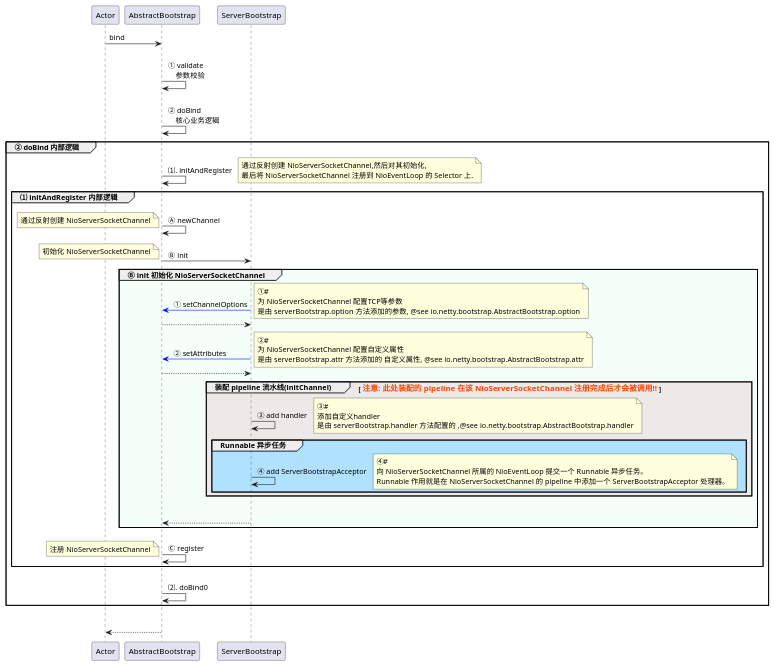
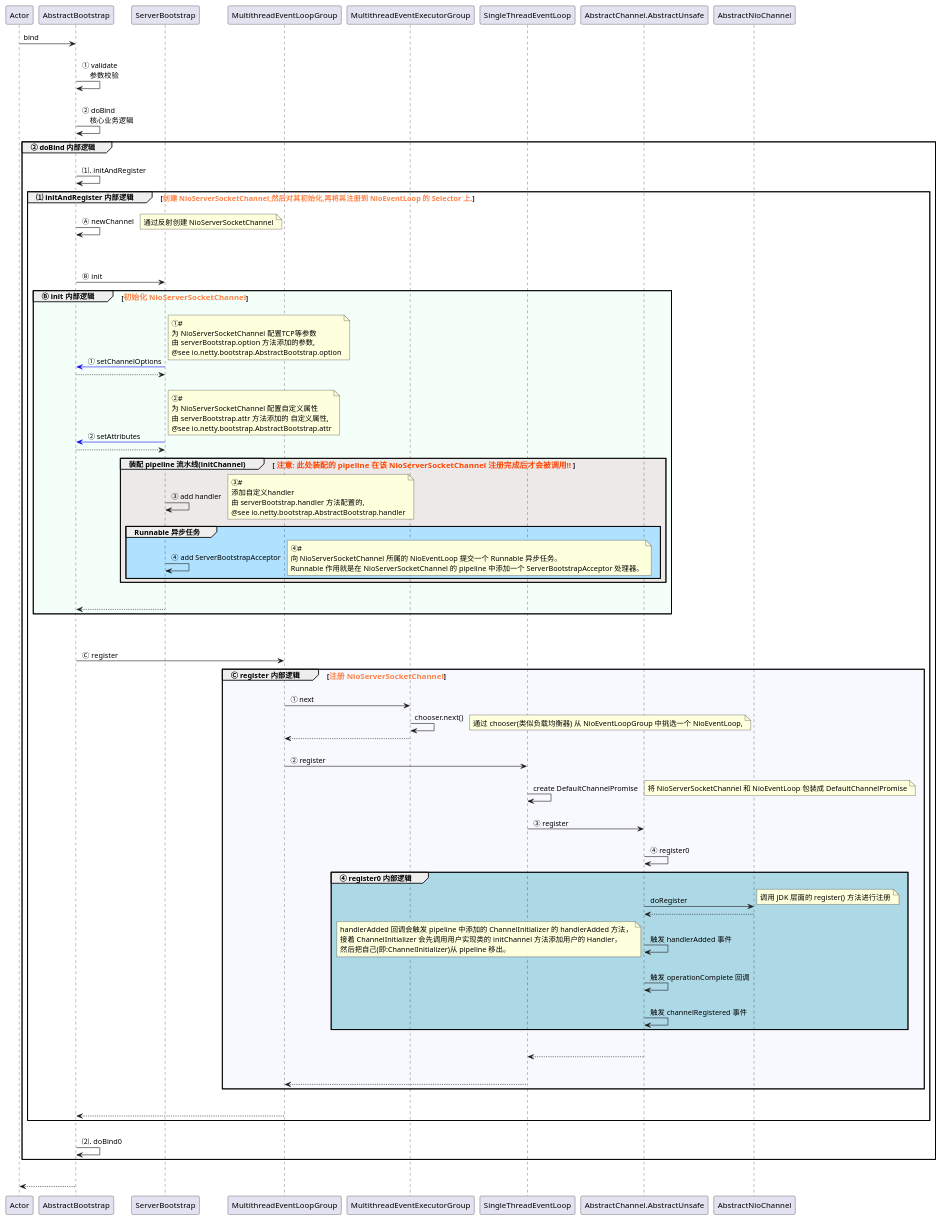
Before and after one commit to Simba-cheng/netty: the diagram in puml/0-ServerBootstrap#启动大致过程.puml, drawn with PlantUML.

Commit message:
refactor(code): 源码添加注释、流程图、类图

```diff
--- a/puml/0-ServerBootstrap#启动大致过程.puml
+++ b/puml/0-ServerBootstrap#启动大致过程.puml
@@ -1,82 +1,110 @@
 @startuml
 
 '箭头上的文字居中
 'skinparam sequenceMessageAlign center
 
 Actor -> AbstractBootstrap: bind
 
 AbstractBootstrap -> AbstractBootstrap: \n ① validate \n     参数校验
 
 AbstractBootstrap -> AbstractBootstrap: \n ② doBind \n     核心业务逻辑
 
     group ② doBind 内部逻辑
 
-    AbstractBootstrap -> AbstractBootstrap: \n ⑴. initAndRegister
-        note right
-            通过反射创建 NioServerSocketChannel,然后对其初始化,
-            最后将 NioServerSocketChannel 注册到 NioEventLoop 的 Selector 上.
-        end note
-        group ⑴ initAndRegister 内部逻辑
+        AbstractBootstrap -> AbstractBootstrap: \n ⑴. initAndRegister
+            group ⑴ initAndRegister 内部逻辑 [<color:#FF8247><size:13>创建 NioServerSocketChannel,然后对其初始化,再将其注册到 NioEventLoop 的 Selector 上.</size></color>]
 
-            AbstractBootstrap -> AbstractBootstrap: \n Ⓐ newChannel
-            note left
-                通过反射创建 NioServerSocketChannel
-            end note
+                AbstractBootstrap -> AbstractBootstrap: \n Ⓐ newChannel
+                note right: 通过反射创建 NioServerSocketChannel
 
-            AbstractBootstrap -> ServerBootstrap: \n Ⓑ init
-            note left
-                初始化 NioServerSocketChannel
-            end note
+                AbstractBootstrap -> ServerBootstrap: \n\n\n Ⓑ init
 
-                group #F5FFFA Ⓑ init 初始化 NioServerSocketChannel
+                    group #F5FFFA Ⓑ init 内部逻辑 [<color:#FF8247><size:14>初始化 NioServerSocketChannel</size></color>]
 
-                    ServerBootstrap -[#0000FF]> AbstractBootstrap: \n ① setChannelOptions
+                        ServerBootstrap -[#0000FF]> AbstractBootstrap: \n\n\n\n\n ① setChannelOptions
+                            note right
+                                ①#
+                                为 NioServerSocketChannel 配置TCP等参数
+                                由 serverBootstrap.option 方法添加的参数,
+                                @see io.netty.bootstrap.AbstractBootstrap.option
+                            end note
+                        AbstractBootstrap --> ServerBootstrap:
+
+                        ServerBootstrap -[#0000FF]> AbstractBootstrap: \n\n\n\n\n ② setAttributes
+                            note right
+                                ②#
+                                为 NioServerSocketChannel 配置自定义属性
+                                由 serverBootstrap.attr 方法添加的 自定义属性,
+                                @see io.netty.bootstrap.AbstractBootstrap.attr
+                            end note
+                        AbstractBootstrap --> ServerBootstrap
+
+                        group #EEE9E9 装配 pipeline 流水线(initChannel) [<color:#FF4500><size:14> 注意: 此处装配的 pipeline 在该 NioServerSocketChannel 注册完成后才会被调用!! </size></color>]
+                            ServerBootstrap -> ServerBootstrap: \n ③ add handler
+                                note right
+                                    ③#
+                                    添加自定义handler
+                                    由 serverBootstrap.handler 方法配置的,
+                                    @see io.netty.bootstrap.AbstractBootstrap.handler
+                                end note
+
+                            group #B0E2FF Runnable 异步任务
+                                ServerBootstrap -> ServerBootstrap: \n ④ add ServerBootstrapAcceptor
+                                    note right
+                                        ④#
+                                        向 NioServerSocketChannel 所属的 NioEventLoop 提交一个 Runnable 异步任务。
+                                        Runnable 作用就是在 NioServerSocketChannel 的 pipeline 中添加一个 ServerBootstrapAcceptor 处理器。
+                                    end note
+                            end
+                        end
+                        ServerBootstrap --> AbstractBootstrap: \n
+                    end
+
+                AbstractBootstrap -> MultithreadEventLoopGroup: \n\n\n Ⓒ register
+
+                    group #F8F8FF Ⓒ register 内部逻辑 [<color:#FF8247><size:14>注册 NioServerSocketChannel</size></color>]
+
+                        MultithreadEventLoopGroup -> MultithreadEventExecutorGroup: \n ① next
+                        MultithreadEventExecutorGroup -> MultithreadEventExecutorGroup: chooser.next()
                         note right
-                            ①#
-                            为 NioServerSocketChannel 配置TCP等参数
-                            是由 serverBootstrap.option 方法添加的参数, @see io.netty.bootstrap.AbstractBootstrap.option
+                            通过 chooser(类似负载均衡器) 从 NioEventLoopGroup 中挑选一个 NioEventLoop,
                         end note
-                    AbstractBootstrap --> ServerBootstrap:
+                        MultithreadEventExecutorGroup --> MultithreadEventLoopGroup
 
-                    ServerBootstrap -[#0000FF]> AbstractBootstrap: \n ② setAttributes
+
+                        MultithreadEventLoopGroup -> SingleThreadEventLoop: \n ② register
+
+                        SingleThreadEventLoop -> SingleThreadEventLoop: \n create DefaultChannelPromise
                         note right
-                            ②#
-                            为 NioServerSocketChannel 配置自定义属性
-                            是由 serverBootstrap.attr 方法添加的 自定义属性, @see io.netty.bootstrap.AbstractBootstrap.attr
+                            将 NioServerSocketChannel 和 NioEventLoop 包装成 DefaultChannelPromise
                         end note
-                    AbstractBootstrap --> ServerBootstrap
 
-                    group #EEE9E9 装配 pipeline 流水线(initChannel) [<color:#FF4500><size:14> 注意: 此处装配的 pipeline 在该 NioServerSocketChannel 注册完成后才会被调用!! </size></color>]
-                        ServerBootstrap -> ServerBootstrap: \n ③ add handler
-                            note right
-                                ③#
-                                添加自定义handler
-                                是由 serverBootstrap.handler 方法配置的 ,@see io.netty.bootstrap.AbstractBootstrap.handler
-                            end note
+                        SingleThreadEventLoop -> AbstractChannel.AbstractUnsafe: \n ③ register
 
-                        group #B0E2FF Runnable 异步任务
-                            ServerBootstrap -> ServerBootstrap: \n ④ add ServerBootstrapAcceptor
-                                note right
-                                    ④#
-                                    向 NioServerSocketChannel 所属的 NioEventLoop 提交一个 Runnable 异步任务。
-                                    Runnable 作用就是在 NioServerSocketChannel 的 pipeline 中添加一个 ServerBootstrapAcceptor 处理器。
+                        AbstractChannel.AbstractUnsafe -> AbstractChannel.AbstractUnsafe: \n ④ register0
+
+                            group #ADD8E6 ④ register0 内部逻辑
+                                AbstractChannel.AbstractUnsafe -> AbstractNioChannel: \n doRegister
+                                note right: 调用 JDK 层面的 register() 方法进行注册
+                                AbstractNioChannel --> AbstractChannel.AbstractUnsafe
+
+                                AbstractChannel.AbstractUnsafe -> AbstractChannel.AbstractUnsafe: \n 触发 handlerAdded 事件
+                                note left
+                                handlerAdded 回调会触发 pipeline 中添加的 ChannelInitializer 的 handlerAdded 方法，
+                                接着 ChannelInitializer 会先调用用户实现类的 initChannel 方法添加用户的 Handler，
+                                然后把自己(即:ChannelInitializer)从 pipeline 移出。
                                 end note
-                        end
+                                AbstractChannel.AbstractUnsafe -> AbstractChannel.AbstractUnsafe: \n 触发 operationComplete 回调
+                                AbstractChannel.AbstractUnsafe -> AbstractChannel.AbstractUnsafe: \n 触发 channelRegistered 事件
+                            end
+                            AbstractChannel.AbstractUnsafe --> SingleThreadEventLoop: \n
+                            SingleThreadEventLoop --> MultithreadEventLoopGroup: \n
                     end
-                    ServerBootstrap --> AbstractBootstrap: \n
-                end
-
-            AbstractBootstrap -> AbstractBootstrap: \n Ⓒ register
-            note left
-                注册 NioServerSocketChannel
-            end note
-
-        end
-
-    AbstractBootstrap -> AbstractBootstrap: \n ⑵. doBind0
-
+                MultithreadEventLoopGroup --> AbstractBootstrap: \n
+            end
+        AbstractBootstrap -> AbstractBootstrap: \n ⑵. doBind0
     end
 
 AbstractBootstrap --> Actor : \n
 
 @enduml
```
